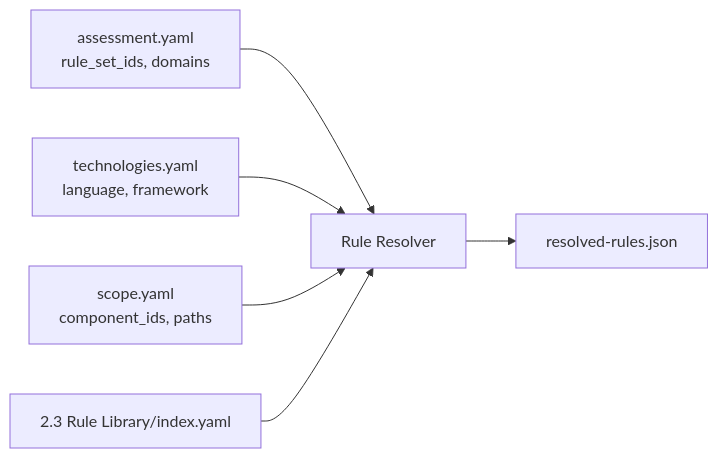
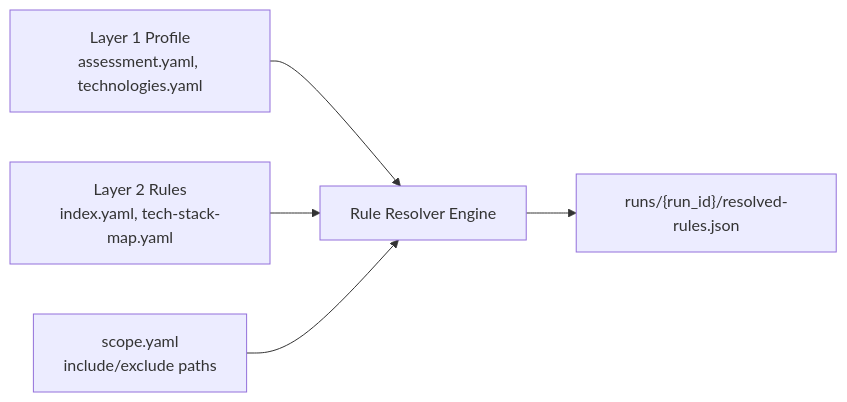
Before and after one commit to sonbkt303/ASRP-Workspace: the diagram in Application Security Review Platform (ASRP)/HANDOFF.md, drawn with Mermaid. The commit also changed other lines of this file and 9 other files, not shown here.

Commit message:
docs: finalize Layer 2 documentation and initialize Layer 3 project structure with handoff and architecture blueprints

````diff
--- a/Application Security Review Platform (ASRP)/HANDOFF.md
+++ b/Application Security Review Platform (ASRP)/HANDOFF.md
@@ -53,15 +46,13 @@
 ```mermaid
 flowchart LR
-    A["assessment.yaml<br/>rule_set_ids, domains"]
-    B["technologies.yaml<br/>language, framework"]
-    C["scope.yaml<br/>component_ids, paths"]
-    D["2.3 Rule Library/index.yaml"]
-    R[Rule Resolver]
-    O["resolved-rules.json"]
+    A["Layer 1 Profile<br/>assessment.yaml, technologies.yaml"]
+    B["Layer 2 Rules<br/>index.yaml, tech-stack-map.yaml"]
+    C["scope.yaml<br/>include/exclude paths"]
+    R[Rule Resolver Engine]
+    O["runs/{run_id}/resolved-rules.json"]
 
     A --> R
     B --> R
     C --> R
-    D --> R
     R --> O
 ```
````
